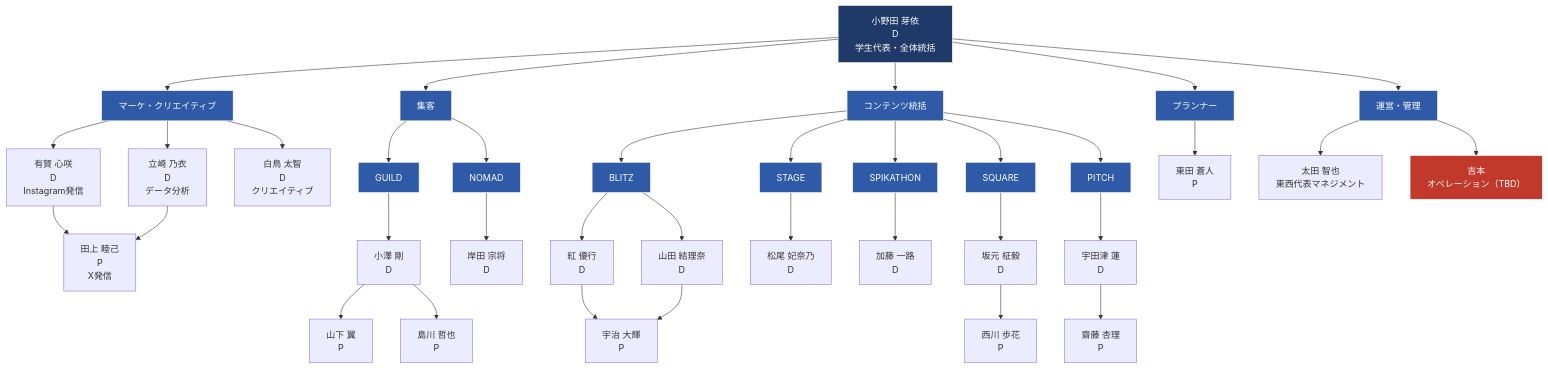
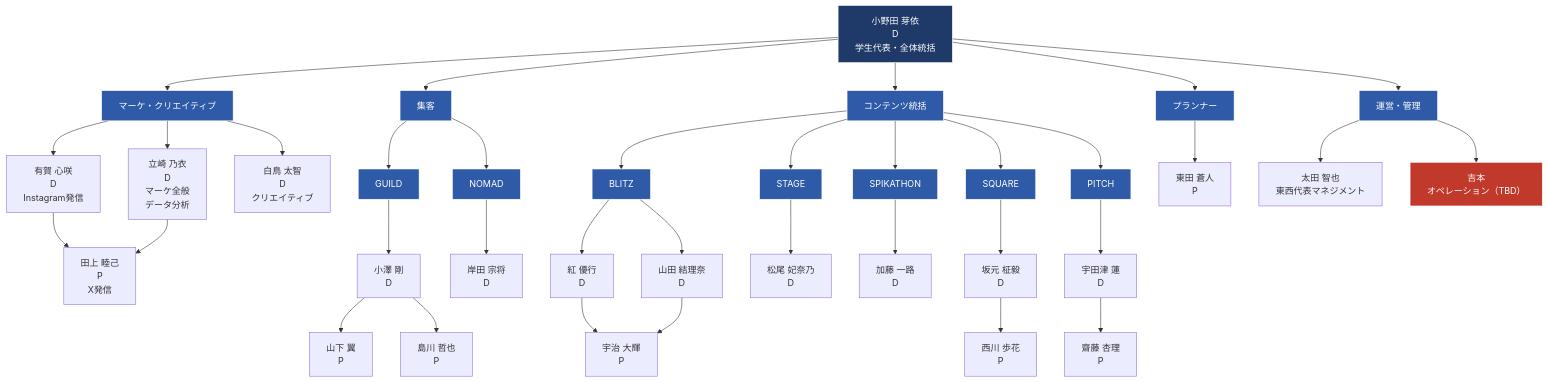
Before and after one commit to liofval/spikes_hr: the first of 2 diagrams in spikes-org-chart.md, drawn with Mermaid. The commit also changed other lines of this file and 1 other file, not shown here.

First line of the commit message:
担当者マップ・組織図の細部更新

````diff
--- a/spikes-org-chart.md
+++ b/spikes-org-chart.md
@@ -7,58 +7,58 @@
 ```mermaid
 graph TD
     Onoda["小野田 芽依<br/>D<br/>学生代表・全体統括"]
 
     Onoda --> MktHQ["マーケ・クリエイティブ"]
     Onoda --> PromoHQ["集客"]
     Onoda --> ContentHQ["コンテンツ統括"]
     Onoda --> PlannerHQ["プランナー"]
     Onoda --> OpsHQ["運営・管理"]
 
     %% マーケ・クリエイティブ
     MktHQ --> Aruga["有賀 心咲<br/>D<br/>Instagram発信"]
-    MktHQ --> Tatsuzaki["立崎 乃衣<br/>D<br/>データ分析"]
+    MktHQ --> Tatsuzaki["立崎 乃衣<br/>D<br/>マーケ全般<br/>データ分析"]
     MktHQ --> Shiratori["白鳥 太智<br/>D<br/>クリエイティブ"]
     Aruga --> Tagami["田上 睦己<br/>P<br/>X発信"]
     Tatsuzaki --> Tagami
 
     %% 集客
     PromoHQ --> GUILD["GUILD"]
     PromoHQ --> NOMAD["NOMAD"]
     GUILD --> Ozawa["小澤 剛<br/>D"]
     Ozawa --> Yamashita["山下 翼<br/>P"]
     Ozawa --> Shimakawa["島川 哲也<br/>P"]
     NOMAD --> Kishida["岸田 宗将<br/>D"]
 
     %% コンテンツ
     ContentHQ --> BLITZ["BLITZ"]
     ContentHQ --> STAGE["STAGE"]
     ContentHQ --> SPIKATHON["SPIKATHON"]
     ContentHQ --> SQUARE["SQUARE"]
     ContentHQ --> PITCH["PITCH"]
     BLITZ --> Kurenai["紅 優行<br/>D"]
     BLITZ --> Yamada["山田 結理奈<br/>D"]
     Kurenai --> Uji["宇治 大輝<br/>P"]
     Yamada --> Uji
     STAGE --> Matsuo["松尾 妃奈乃<br/>D"]
     SPIKATHON --> Kato["加藤 一路<br/>D"]
     SQUARE --> Sakamoto["坂元 柾毅<br/>D"]
     Sakamoto --> Nishikawa["西川 歩花<br/>P"]
     PITCH --> Udatsu["宇田津 蓮<br/>D"]
     Udatsu --> Saito["齋藤 杏理<br/>P"]
 
     %% プランナー
     PlannerHQ --> Azumada["東田 蒼人<br/>P"]
 
     %% 運営・管理
     OpsHQ --> Ota["太田 智也<br/>東西代表マネジメント"]
     OpsHQ --> Yoshimoto["吉本<br/>オペレーション（TBD）"]
 
     classDef head fill:#1f3a68,stroke:#fff,color:#fff;
     classDef group fill:#2e5aa8,stroke:#fff,color:#fff;
     classDef tbd fill:#c0392b,stroke:#fff,color:#fff;
     class Onoda head;
     class MktHQ,PromoHQ,ContentHQ,OpsHQ,PlannerHQ group;
     class BLITZ,STAGE,SPIKATHON,SQUARE,PITCH group;
     class GUILD,NOMAD group;
     class Yoshimoto tbd;
 ```
````
